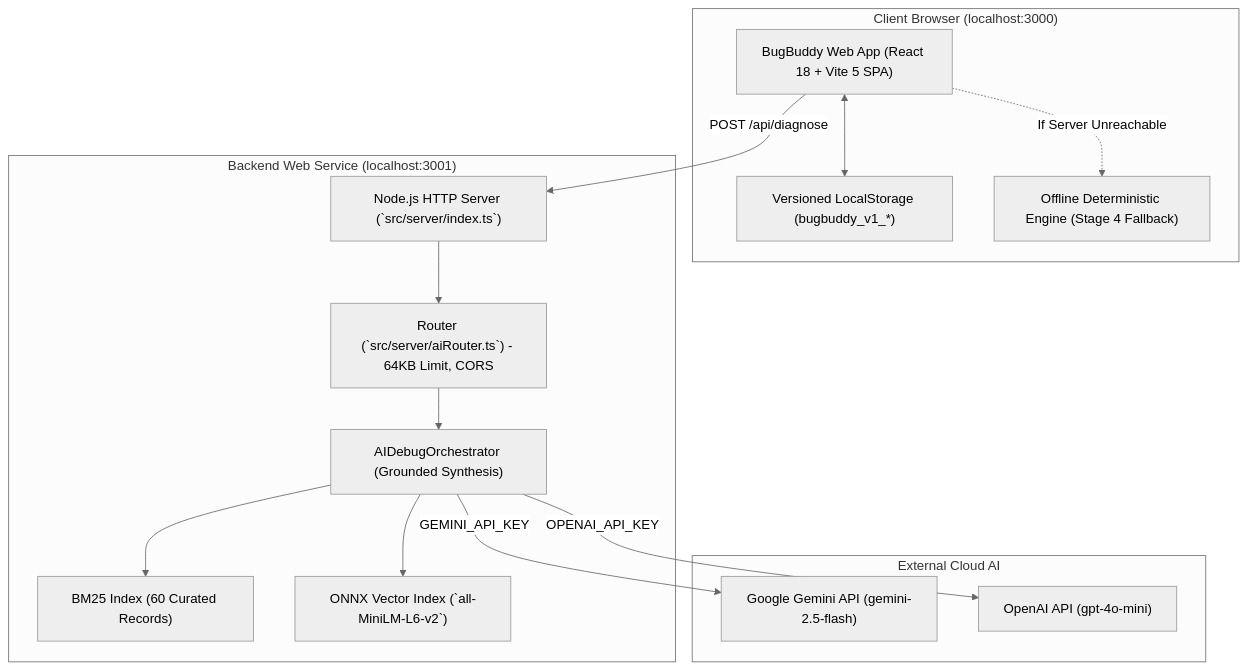
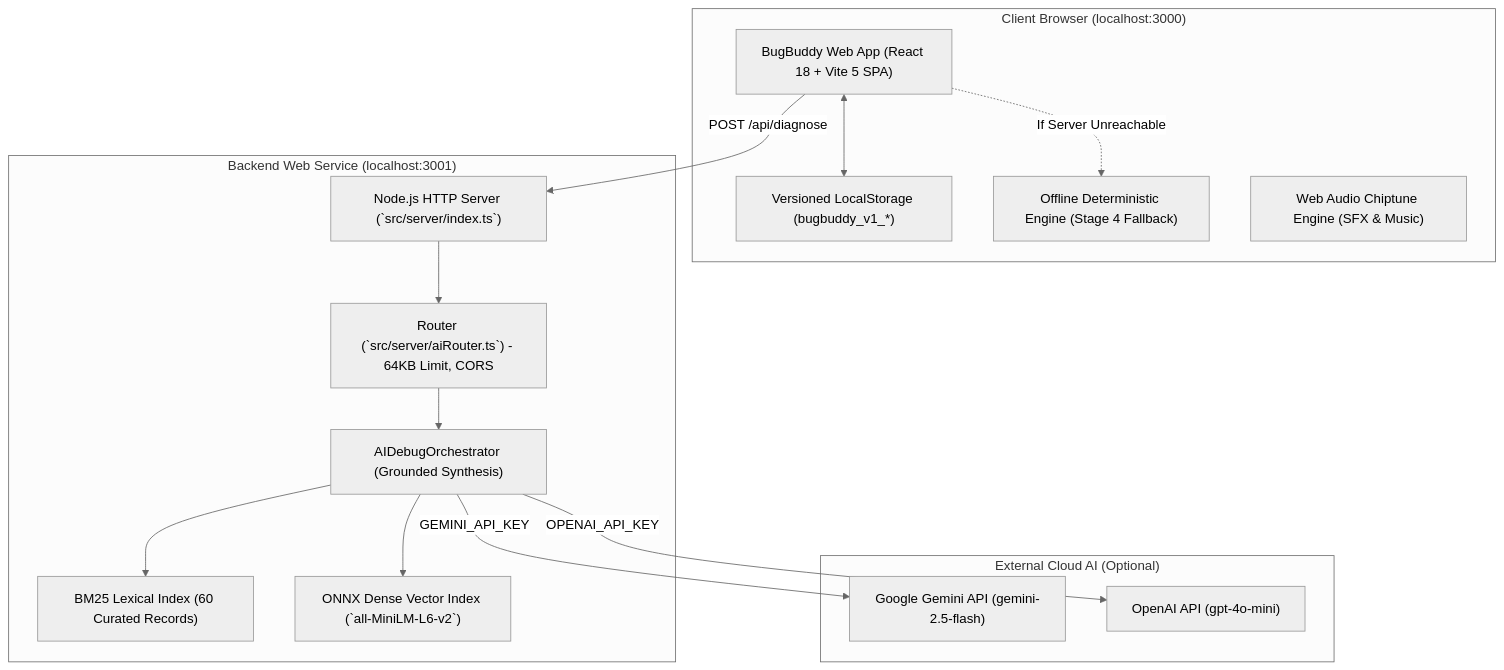
One commit to Subhadip-Paul2006/BugBuddy changed the diagram in README.md. Above: the diagram before and after it, drawn with Mermaid (neutral theme). The commit also changed other lines of this file, not shown here.

Commit message:
All things of Release 01

````diff
--- a/README.md
+++ b/README.md
@@ -108,29 +186,30 @@
 ```mermaid
 flowchart TB
     subgraph Client ["Client Browser (localhost:3000)"]
         SPA["BugBuddy Web App (React 18 + Vite 5 SPA)"]
         Storage["Versioned LocalStorage (bugbuddy_v1_*)"]
         OfflineEngine["Offline Deterministic Engine (Stage 4 Fallback)"]
+        Synthesizer["Web Audio Chiptune Engine (SFX & Music)"]
     end
 
     subgraph Backend ["Backend Web Service (localhost:3001)"]
         Server["Node.js HTTP Server (`src/server/index.ts`)"]
         Router["Router (`src/server/aiRouter.ts`) - 64KB Limit, CORS"]
         Orchestrator["AIDebugOrchestrator (Grounded Synthesis)"]
-        BM25["BM25 Index (60 Curated Records)"]
-        Vector["ONNX Vector Index (`all-MiniLM-L6-v2`)"]
+        BM25["BM25 Lexical Index (60 Curated Records)"]
+        Vector["ONNX Dense Vector Index (`all-MiniLM-L6-v2`)"]
     end
 
-    subgraph External ["External Cloud AI"]
+    subgraph External ["External Cloud AI (Optional)"]
         Gemini["Google Gemini API (gemini-2.5-flash)"]
         OpenAI["OpenAI API (gpt-4o-mini)"]
     end
 
     SPA -->|POST /api/diagnose| Server
     SPA <--> Storage
     SPA -.->|If Server Unreachable| OfflineEngine
     Server --> Router --> Orchestrator
     Orchestrator --> BM25 & Vector
     Orchestrator -->|GEMINI_API_KEY| Gemini
     Orchestrator -->|OPENAI_API_KEY| OpenAI
 ```
````
